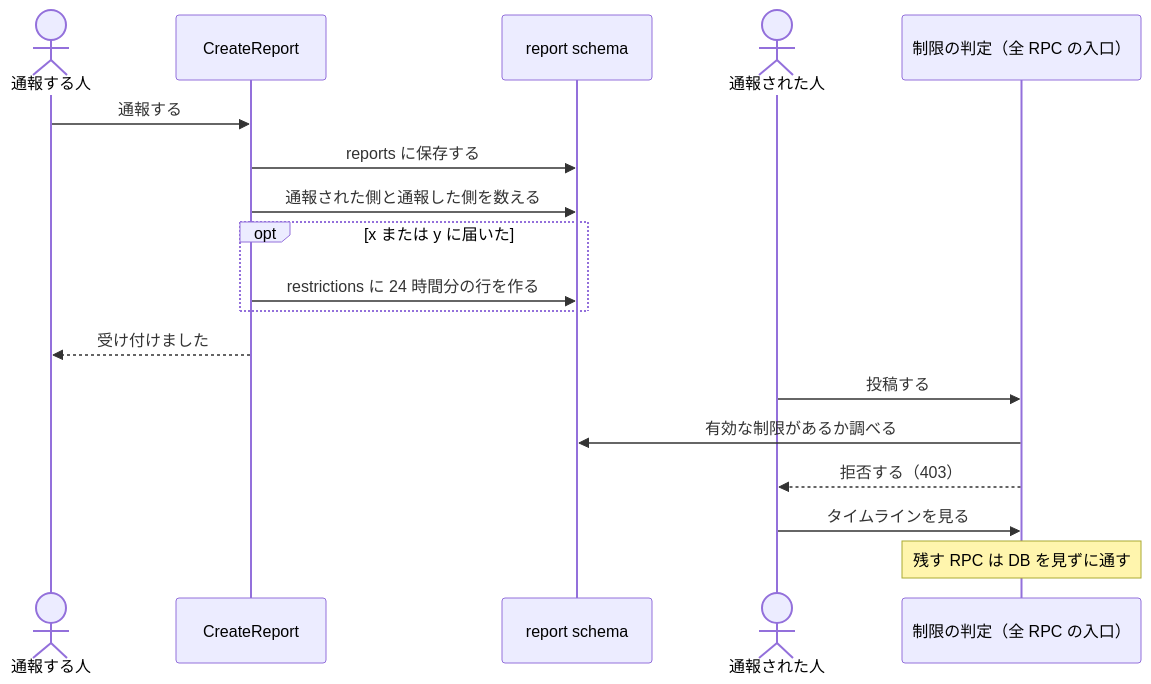
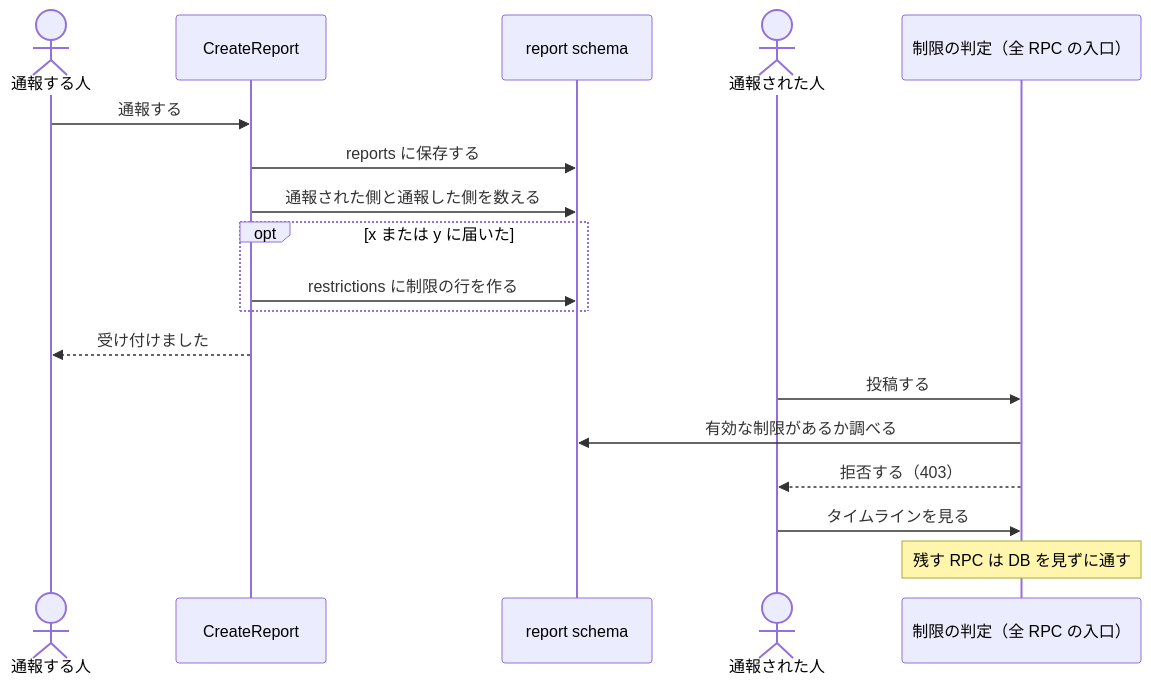
Before and after one commit to panicboat/monorepo: the first of 2 diagrams in docs/superpowers/specs/2026-11-02-dystopia-report-restriction-design.md, drawn with Mermaid. The commit also changed other lines of this file, not shown here.

````diff
--- a/docs/superpowers/specs/2026-11-02-dystopia-report-restriction-design.md
+++ b/docs/superpowers/specs/2026-11-02-dystopia-report-restriction-design.md
@@ -51,22 +50,22 @@
 ```mermaid
 sequenceDiagram
     actor Reporter as 通報する人
     participant Report as CreateReport
     participant DB as report schema
     actor Reported as 通報された人
     participant Interceptor as 制限の判定（全 RPC の入口）
 
     Reporter->>Report: 通報する
     Report->>DB: reports に保存する
     Report->>DB: 通報された側と通報した側を数える
     opt x または y に届いた
-        Report->>DB: restrictions に 24 時間分の行を作る
+        Report->>DB: restrictions に制限の行を作る
     end
     Report-->>Reporter: 受け付けました
 
     Reported->>Interceptor: 投稿する
     Interceptor->>DB: 有効な制限があるか調べる
     Interceptor-->>Reported: 拒否する（403）
     Reported->>Interceptor: タイムラインを見る
     Note over Interceptor: 残す RPC は DB を見ずに通す
 ```
````
